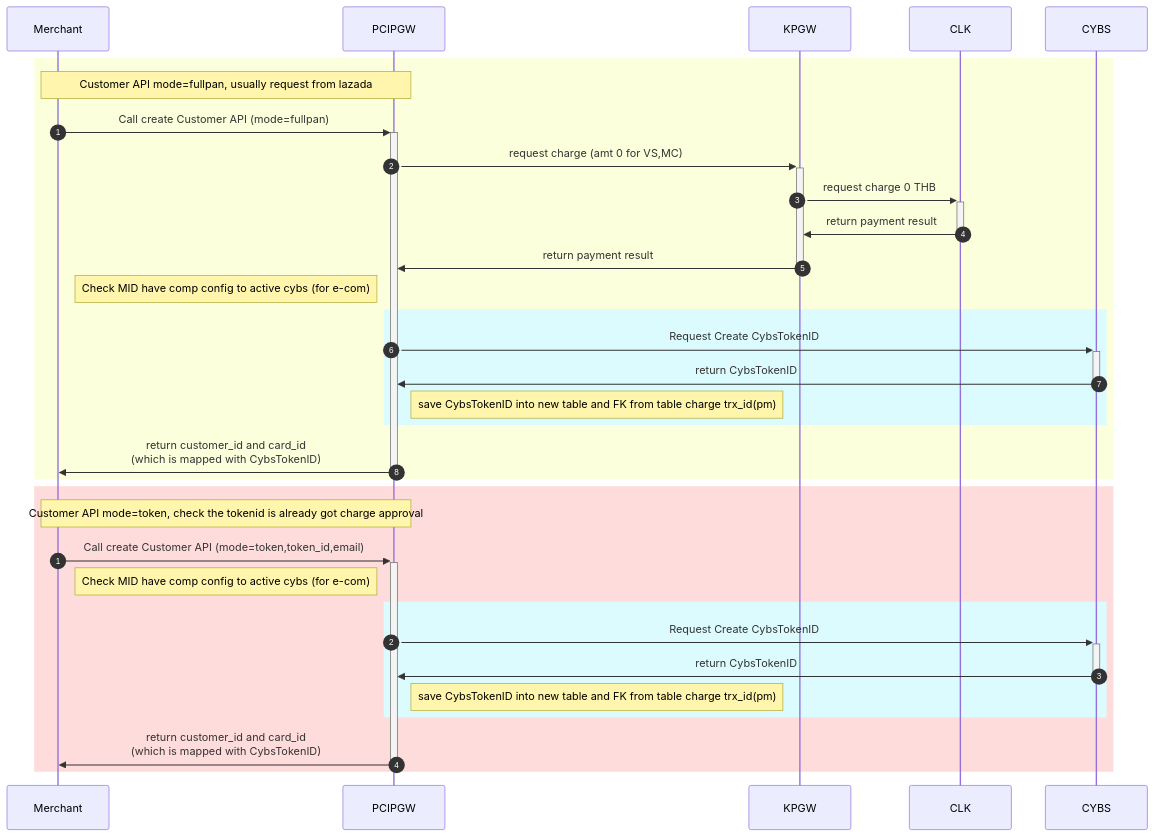
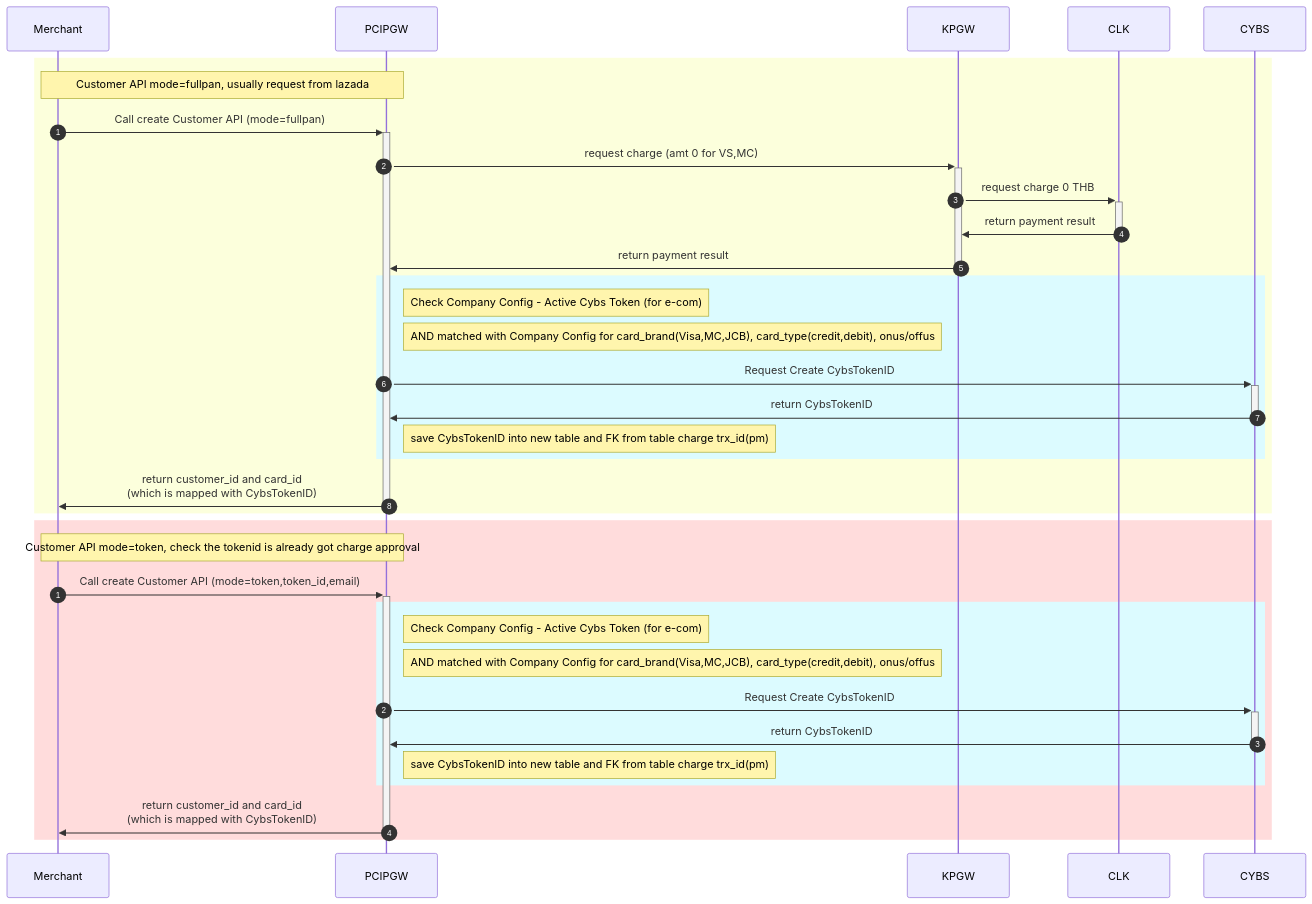
The eighth of 9 diagrams in Cybs-Ph2-Flow-new1.md (yuusuke25/MyNotes), drawn with Mermaid before and after one commit. The commit also changed other lines of this file, not shown here.

````diff
--- a/Cybs-Ph2-Flow-new1.md
+++ b/Cybs-Ph2-Flow-new1.md
@@ -257,32 +261,34 @@
 ```mermaid
     sequenceDiagram
         autonumber 1
         rect rgb(252, 255, 220)
             Note over Merchant,PCIPGW: Customer API mode=fullpan, usually request from lazada
             Merchant->>+PCIPGW:Call create Customer API (mode=fullpan)
             PCIPGW->>+KPGW:request charge (amt 0 for VS,MC)
             KPGW->>+CLK:request charge 0 THB
             CLK->>-KPGW:return payment result
             KPGW->>-PCIPGW:return payment result
-            Note left of PCIPGW: Check MID have comp config to active cybs (for e-com)
             rect rgb(220, 251, 255)
+              Note right of PCIPGW: Check Company Config - Active Cybs Token (for e-com)
+              Note right of PCIPGW: AND matched with Company Config for card_brand(Visa,MC,JCB), card_type(credit,debit), onus/offus
               PCIPGW->>+CYBS:Request Create CybsTokenID
               CYBS->>-PCIPGW:return CybsTokenID
               Note right of PCIPGW: save CybsTokenID into new table and FK from table charge trx_id(pm)
             end
             PCIPGW->>-Merchant:return customer_id and card_id<br>(which is mapped with CybsTokenID)
         end
         
         autonumber 1
         rect rgb(255, 220, 220)
         Note over Merchant,PCIPGW: Customer API mode=token, check the tokenid is already got charge approval
             Merchant->>+PCIPGW:Call create Customer API (mode=token,token_id,email)
-            Note left of PCIPGW: Check MID have comp config to active cybs (for e-com)
               rect rgb(220, 251, 255)
+                  Note right of PCIPGW: Check Company Config - Active Cybs Token (for e-com)
+                  Note right of PCIPGW: AND matched with Company Config for card_brand(Visa,MC,JCB), card_type(credit,debit), onus/offus
                   PCIPGW->>+CYBS:Request Create CybsTokenID
                   CYBS->>-PCIPGW:return CybsTokenID
                   Note right of PCIPGW: save CybsTokenID into new table and FK from table charge trx_id(pm)
               end
             PCIPGW->>-Merchant:return customer_id and card_id <br>(which is mapped with CybsTokenID)
         end
 ```
````
